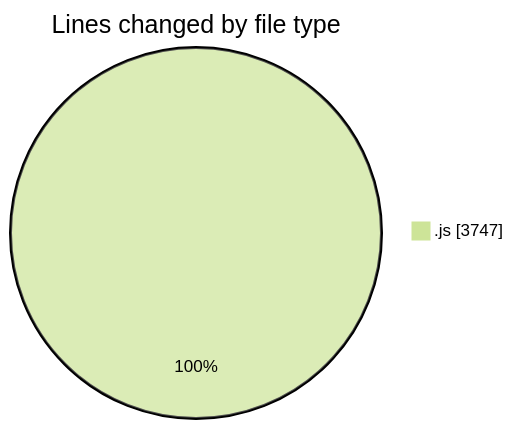
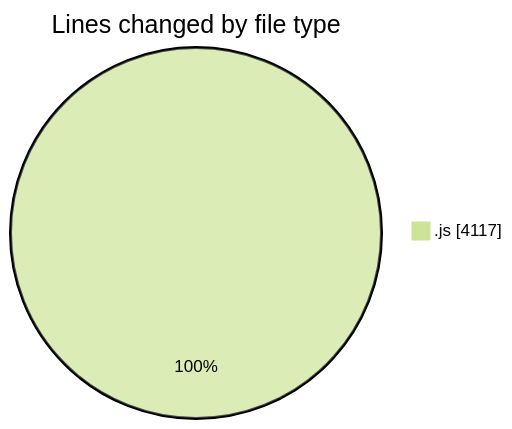
Before and after one commit to nxtqubesakshisongat/code-tracking: the first of 2 diagrams in 2025-09-04/nxtqube_webapp/README.md, drawn with Mermaid (forest theme). The commit also changed other lines of this file and 1 other file, not shown here.

````diff
--- a/2025-09-04/nxtqube_webapp/README.md
+++ b/2025-09-04/nxtqube_webapp/README.md
@@ -20,5 +20,5 @@
 ```mermaid
 pie showData
 title Lines changed by file type
-".js" : 3747
+".js" : 4117
 ```
````
